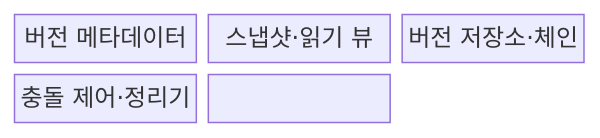
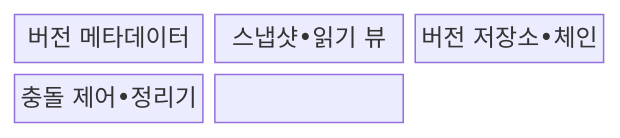
Before and after one commit to agnusdei1207/knowledge-base: the first of 2 diagrams in src/content/docs/notes/03-software/087_mvcc.md, drawn with Mermaid. The commit also changed other lines of this file and 953 other files, not shown here.

````diff
--- a/src/content/docs/notes/03-software/087_mvcc.md
+++ b/src/content/docs/notes/03-software/087_mvcc.md
@@ -68,9 +68,9 @@
 ```mermaid
 block
   columns 3
   M["버전 메타데이터"]
-  S["스냅샷·읽기 뷰"]
-  V["버전 저장소·체인"]
-  C["충돌 제어·정리기"]
+  S["스냅샷•읽기 뷰"]
+  V["버전 저장소•체인"]
+  C["충돌 제어•정리기"]
   S --> M --> V --> C
 ```
````
